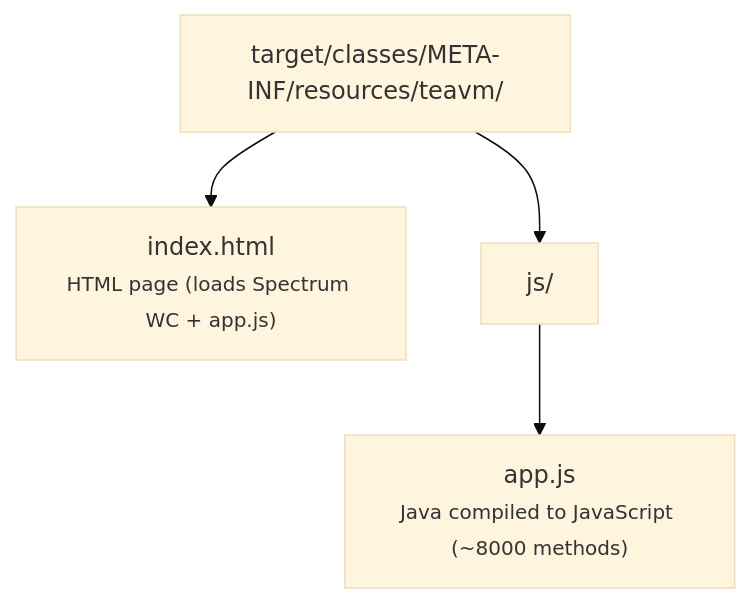
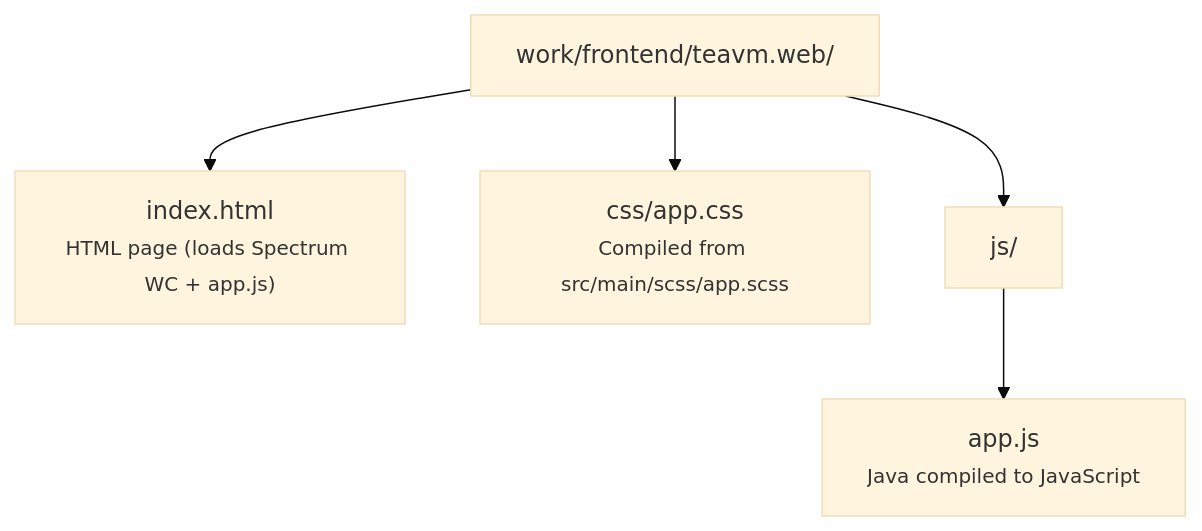
The second of 3 diagrams in fontes/br.com.wdc.store/br.com.wdc.store.view.teavm/teavm.web/README.md (mrcdom/wdc-cube-java-v2), drawn with Mermaid (base theme) before and after one commit. The commit also changed other lines of this file and 50 other files, not shown here.

````diff
--- a/fontes/br.com.wdc.store/br.com.wdc.store.view.teavm/teavm.web/README.md
+++ b/fontes/br.com.wdc.store/br.com.wdc.store.view.teavm/teavm.web/README.md
@@ -110,11 +111,13 @@
 ```mermaid
 graph TD
-    root["target/classes/META-INF/resources/teavm/"]
+    root["work/frontend/teavm.web/"]
     indexHtml["index.html<br/><small>HTML page (loads Spectrum WC + app.js)</small>"]
+    css["css/app.css<br/><small>Compiled from src/main/scss/app.scss</small>"]
     js["js/"]
-    appJs["app.js<br/><small>Java compiled to JavaScript (~8000 methods)</small>"]
+    appJs["app.js<br/><small>Java compiled to JavaScript</small>"]
 
     root --> indexHtml
+    root --> css
     root --> js
     js --> appJs
 ```
````
